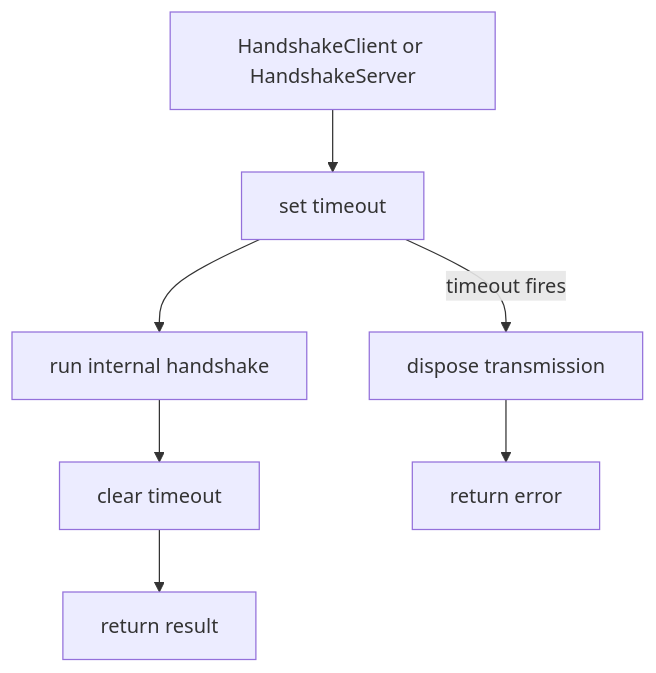
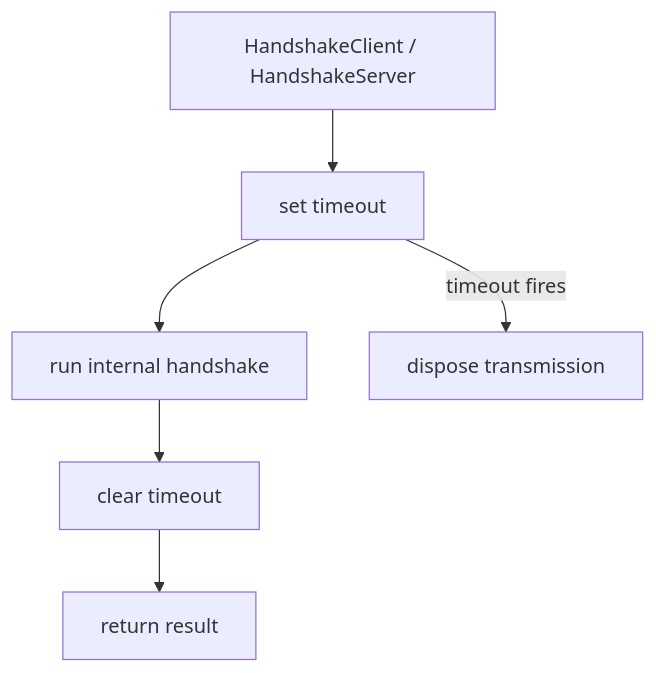
The second of 2 diagrams in docs/HANDSHAKE_SEQUENCE.md (HyacinthHaru/openppp2), drawn with Mermaid before and after one commit. The commit also changed other lines of this file and 45 other files, not shown here.

````diff
--- a/docs/HANDSHAKE_SEQUENCE.md
+++ b/docs/HANDSHAKE_SEQUENCE.md
@@ -150,10 +79,8 @@
 ```mermaid
 flowchart TD
-    A[HandshakeClient or HandshakeServer] --> B[set timeout]
+    A[HandshakeClient / HandshakeServer] --> B[set timeout]
     B --> C[run internal handshake]
     C --> D[clear timeout]
     D --> E[return result]
-
     B -->|timeout fires| F[dispose transmission]
-    F --> G[return error]
 ```
````
